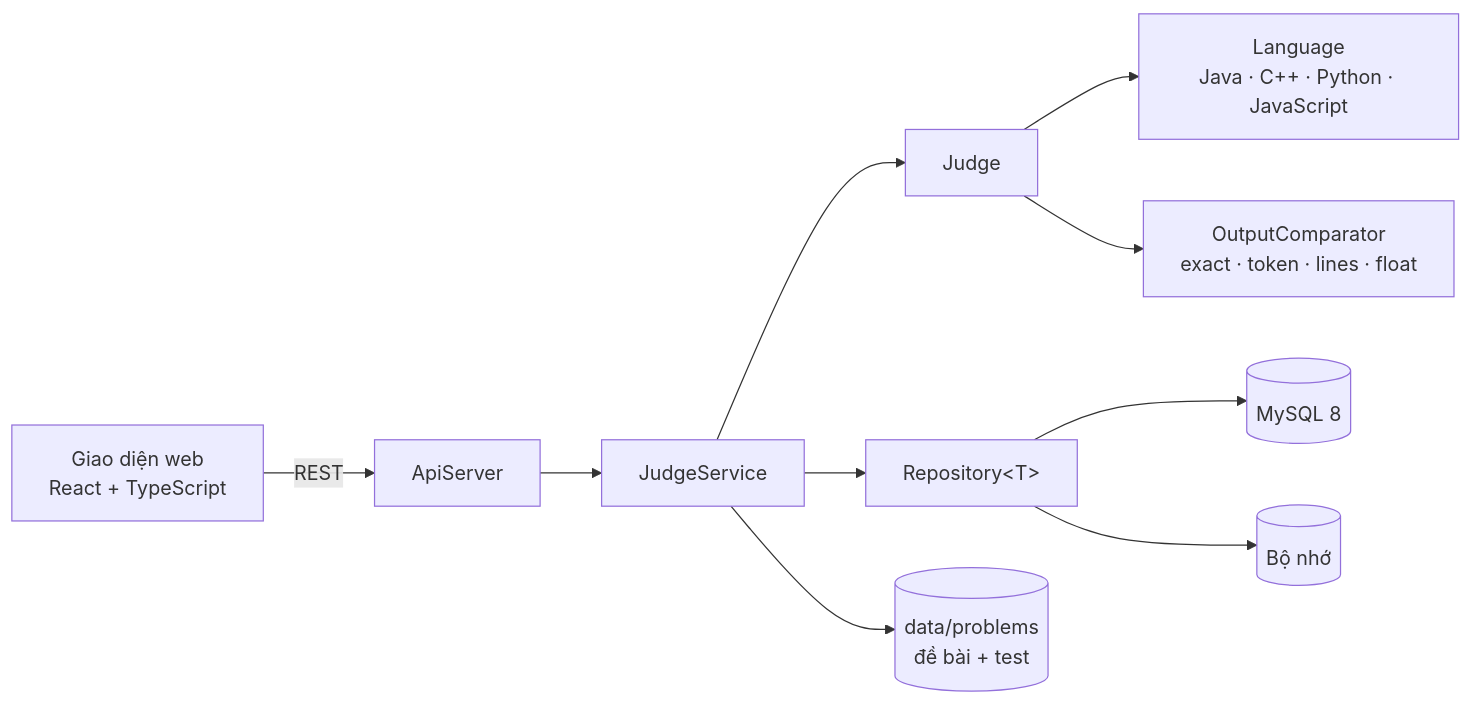
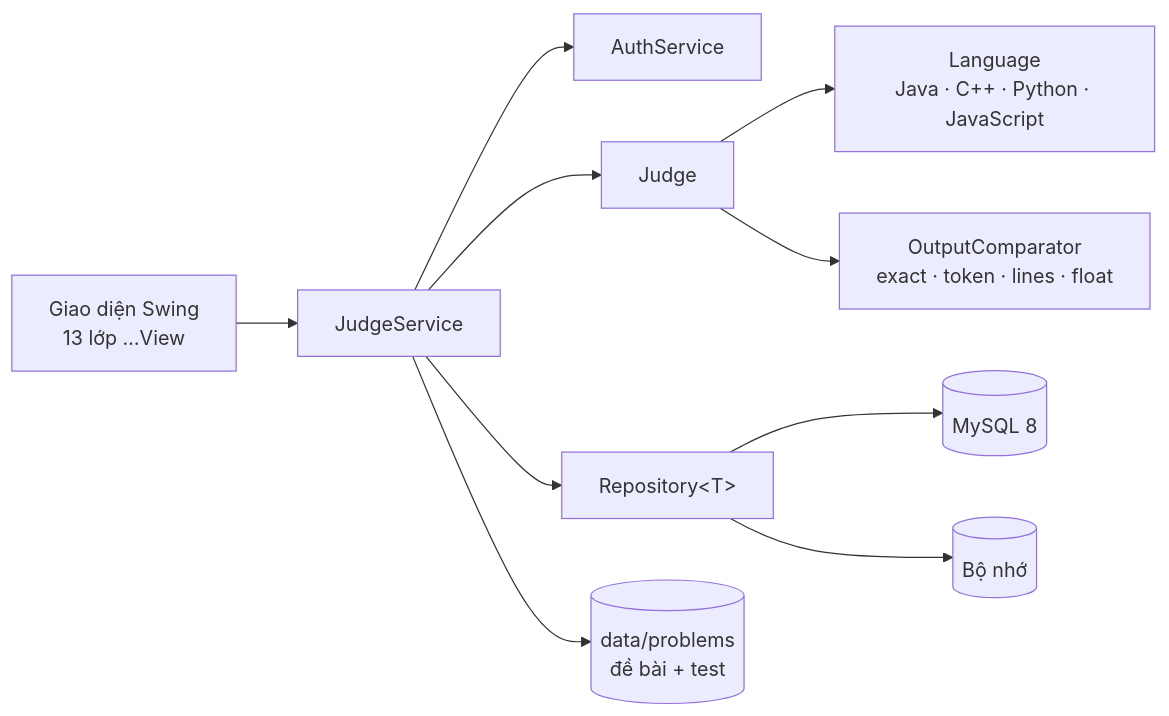
The diagram in README.md (hienphung910/He-thong-cham-bai-lap-trinh-tu-dong), drawn with Mermaid before and after one commit. The commit also changed other lines of this file and 95 other files, not shown here.

````diff
--- a/README.md
+++ b/README.md
@@ -52,12 +59,12 @@
 ```mermaid
 flowchart LR
-    Web["Giao diện web<br/>React + TypeScript"] -- "REST" --> Api[ApiServer]
-    Api --> Svc[JudgeService]
+    View["Giao diện Swing<br/>13 lớp …View"] --> Svc[JudgeService]
+    Svc --> Auth[AuthService]
     Svc --> Judge
     Judge --> Lang["Language<br/>Java · C++ · Python · JavaScript"]
     Judge --> Cmp["OutputComparator<br/>exact · token · lines · float"]
     Svc --> Repo["Repository#lt;T#gt;"]
     Repo --> MySQL[("MySQL 8")]
     Repo --> RAM[("Bộ nhớ")]
     Svc --> Disk[("data/problems<br/>đề bài + test")]
 ```
````
